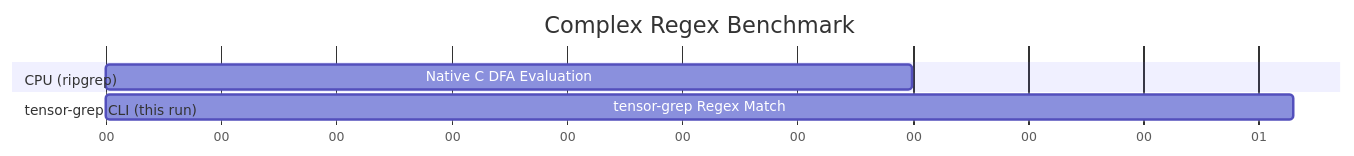
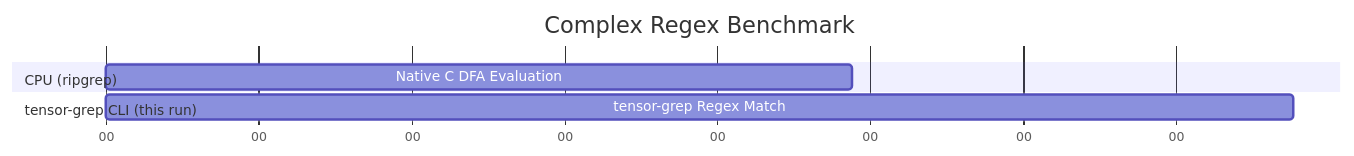
Before and after one commit to oimiragieo/tensor-grep: the second of 3 diagrams in docs/PAPER.md, drawn with Mermaid. The commit also changed other lines of this file and 1 other file, not shown here.

````diff
--- a/docs/PAPER.md
+++ b/docs/PAPER.md
@@ -102,12 +102,12 @@
 ```mermaid
 gantt
     title Complex Regex Benchmark
     dateFormat  s
     axisFormat %S
     
     section CPU (ripgrep)
-    Native C DFA Evaluation :a1, 0, 0.699s
+    Native C DFA Evaluation :a1, 0, 0.488s
     
     section tensor-grep CLI (this run)
-    tensor-grep Regex Match :a2, 0, 1.030s
+    tensor-grep Regex Match :a2, 0, 0.777s
 ```
````
